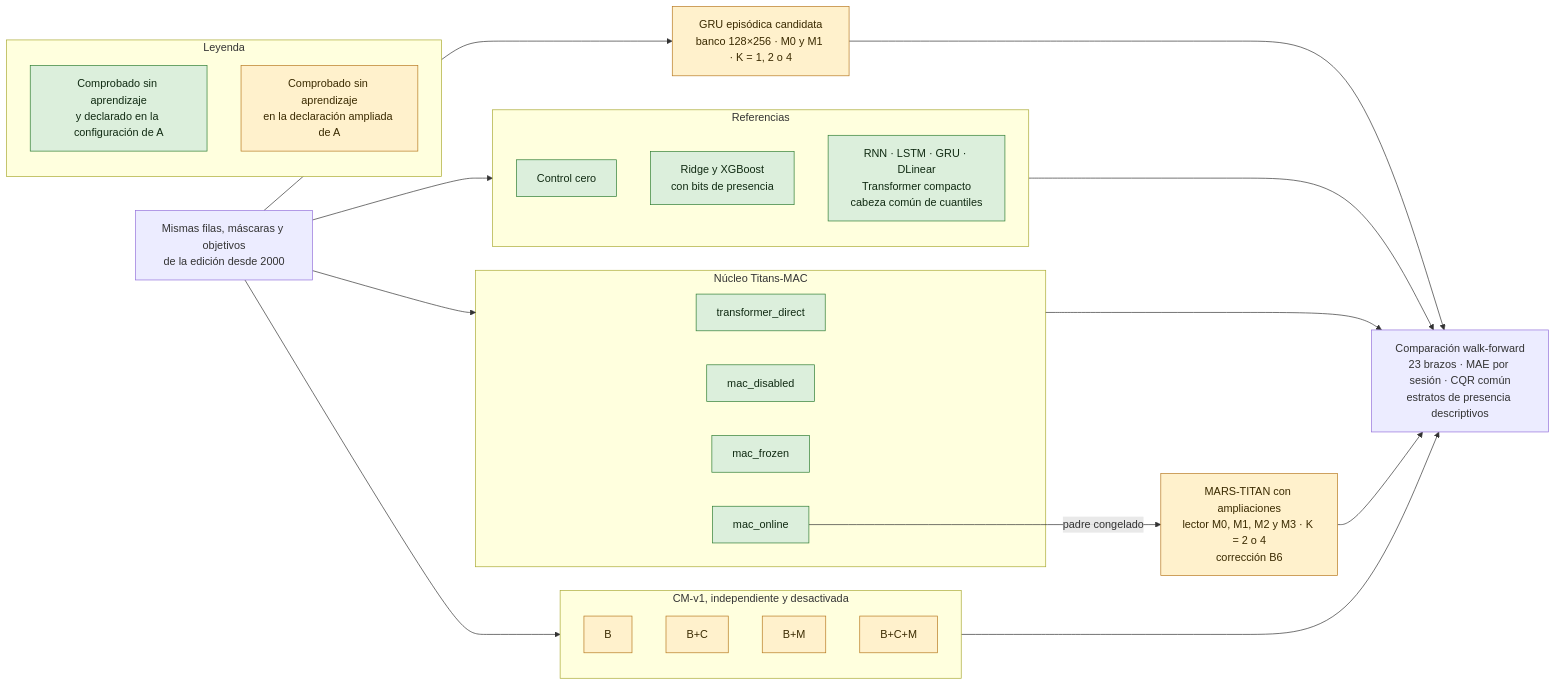
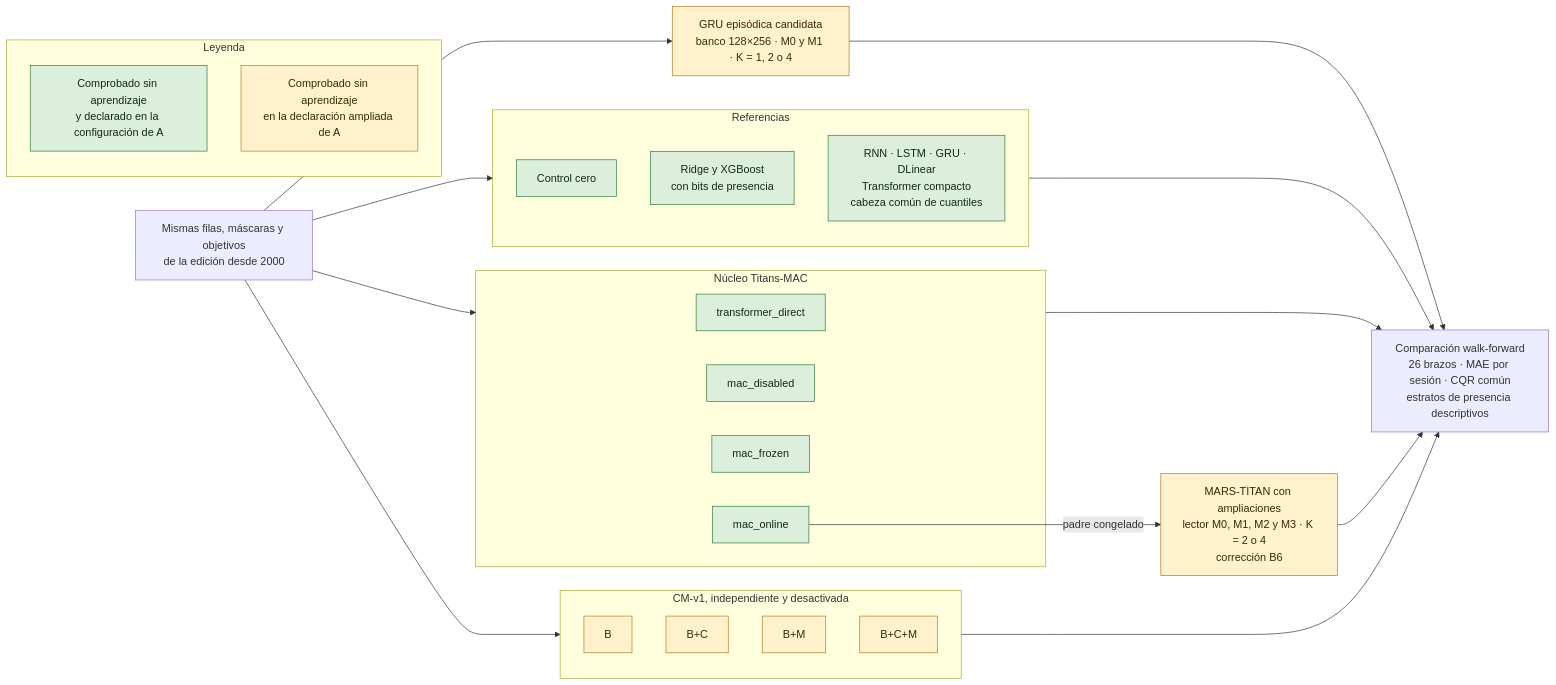
One commit to GonxKZ/mars-titan changed the second of 3 diagrams in README.md. Above: the diagram before and after it, drawn with Mermaid. The commit also changed other lines of this file and 8 other files, not shown here.

````diff
--- a/README.md
+++ b/README.md
@@ -81,49 +81,49 @@
 ```mermaid
 flowchart LR
     D["Mismas filas, máscaras y objetivos<br/>de la edición desde 2000"]
 
     subgraph REF["Referencias"]
         Z["Control cero"]:::comprobado
         TAB["Ridge y XGBoost<br/>con bits de presencia"]:::comprobado
         NEU["RNN · LSTM · GRU · DLinear<br/>Transformer compacto<br/>cabeza común de cuantiles"]:::comprobado
     end
 
     G["GRU episódica candidata<br/>banco 128×256 · M0 y M1 · K = 1, 2 o 4"]:::parcial
 
     subgraph TIT["Núcleo Titans-MAC"]
         T1["transformer_direct"]:::comprobado
         T2["mac_disabled"]:::comprobado
         T3["mac_frozen"]:::comprobado
         T4["mac_online"]:::comprobado
     end
 
     M["MARS-TITAN con ampliaciones<br/>lector M0, M1, M2 y M3 · K = 2 o 4<br/>corrección B6"]:::parcial
 
     subgraph CM["CM-v1, independiente y desactivada"]
         C1["B"]:::parcial
         C2["B+C"]:::parcial
         C3["B+M"]:::parcial
         C4["B+C+M"]:::parcial
     end
 
-    EV["Comparación walk-forward<br/>23 brazos · MAE por sesión · CQR común<br/>estratos de presencia descriptivos"]
+    EV["Comparación walk-forward<br/>26 brazos · MAE por sesión · CQR común<br/>estratos de presencia descriptivos"]
 
     D --> REF
     D --> G
     D --> TIT
     D --> CM
     T4 -- padre congelado --> M
     REF --> EV
     G --> EV
     TIT --> EV
     M --> EV
     CM --> EV
 
     subgraph LEY["Leyenda"]
         L1["Comprobado sin aprendizaje<br/>y declarado en la configuración de A"]:::comprobado
         L2["Comprobado sin aprendizaje<br/>en la declaración ampliada de A"]:::parcial
     end
 
     classDef comprobado fill:#dcefdc,stroke:#2e7d32,color:#102a12
     classDef parcial fill:#fff1cc,stroke:#b7791f,color:#3a2a00
 ```
````
